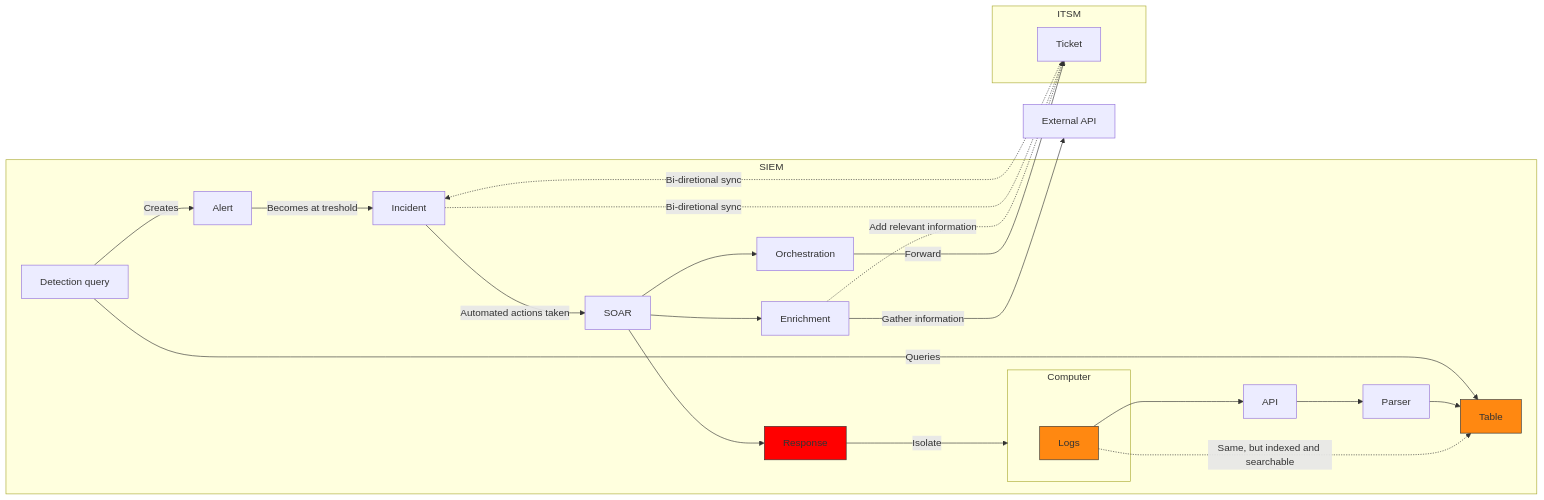
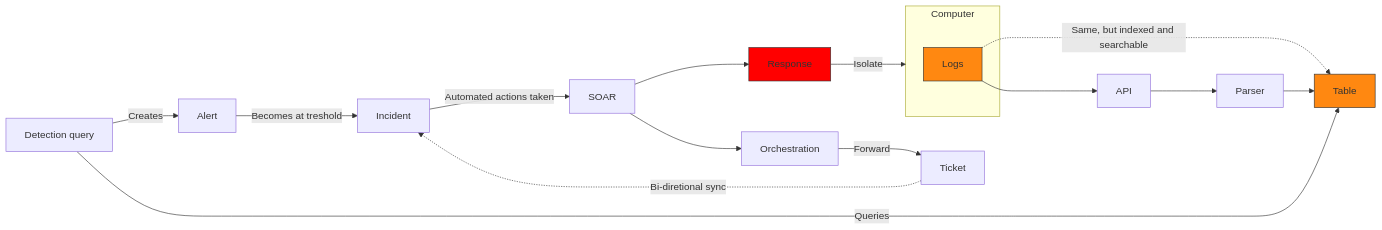
One commit to lnfernux/lnfernux.github.io changed the second of 3 diagrams in _posts/2024-02-03-AutomatingSecurityMonitoringP2.md. Above: the diagram before and after it, drawn with Mermaid.

Commit message:
update mermaid

````diff
--- a/_posts/2024-02-03-AutomatingSecurityMonitoringP2.md
+++ b/_posts/2024-02-03-AutomatingSecurityMonitoringP2.md
@@ -101,41 +101,31 @@
 ```mermaid
 graph LR
-EXAPI[External API]
-subgraph "SIEM"
 P[Parser]
 T[Table]
 D[Detection query]
 SOAR[SOAR]
 AL[Alert]
 I[Incident]
-En[Enrichment]
 Response[Response]
 Orchestration[Orchestration]
 L --> API
 API --> P 
 subgraph Computer
 L[Logs]
 end
 L -....-> |Same, but indexed and searchable|T
 P --> T
 D --> |Queries| T 
 D --> |Creates| AL
 AL --> |Becomes at treshold| I 
 I --> |Automated actions taken| SOAR
-SOAR --> En
-end
-subgraph "ITSM"
 TICK[Ticket]
 SOAR --> Orchestration
 Orchestration --> |Forward| TICK
-En -.-> |Add relevant information|TICK
-end
-En --> |Gather information|EXAPI
 SOAR --> Response 
 Response --> |Isolate|Computer
 TICK -...-> |Bi-diretional sync| I
-I -...-> |Bi-diretional sync| TICK
 style Response fill:#f00,stroke:#333;
 style L fill:#f81,stroke:#333;
 style T fill:#f81,stroke:#333;
 ```
````
